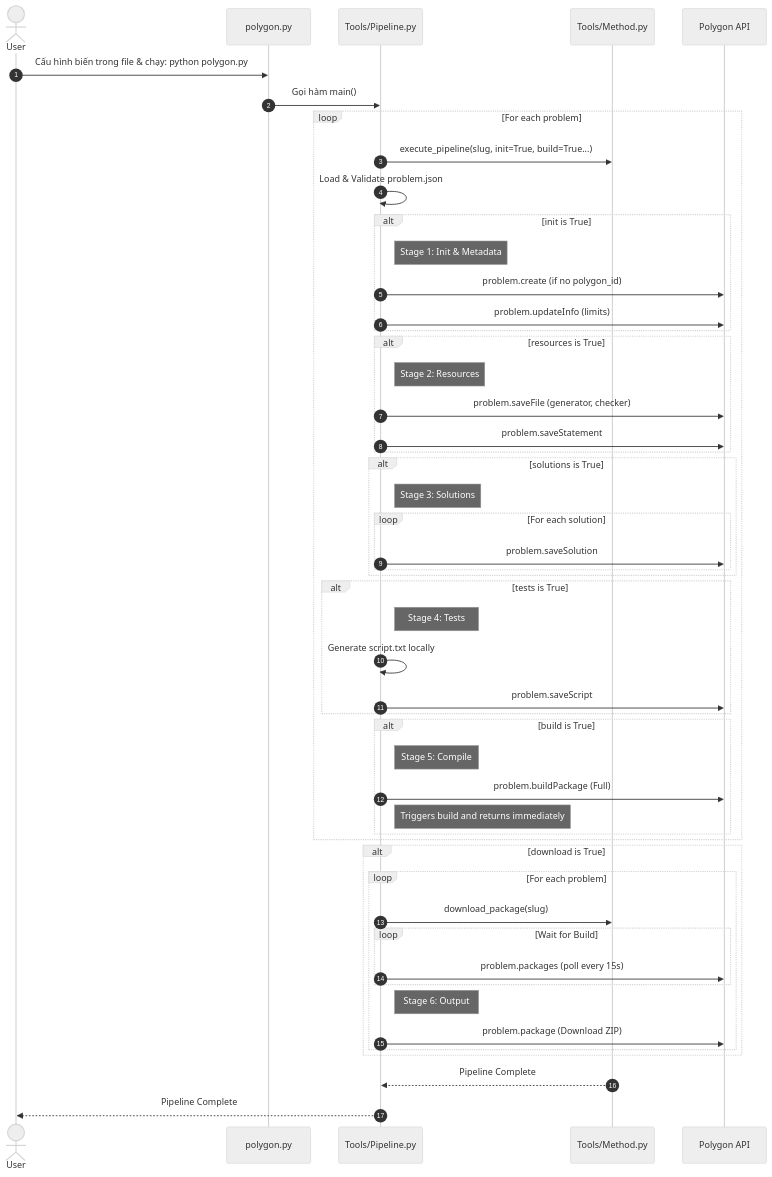
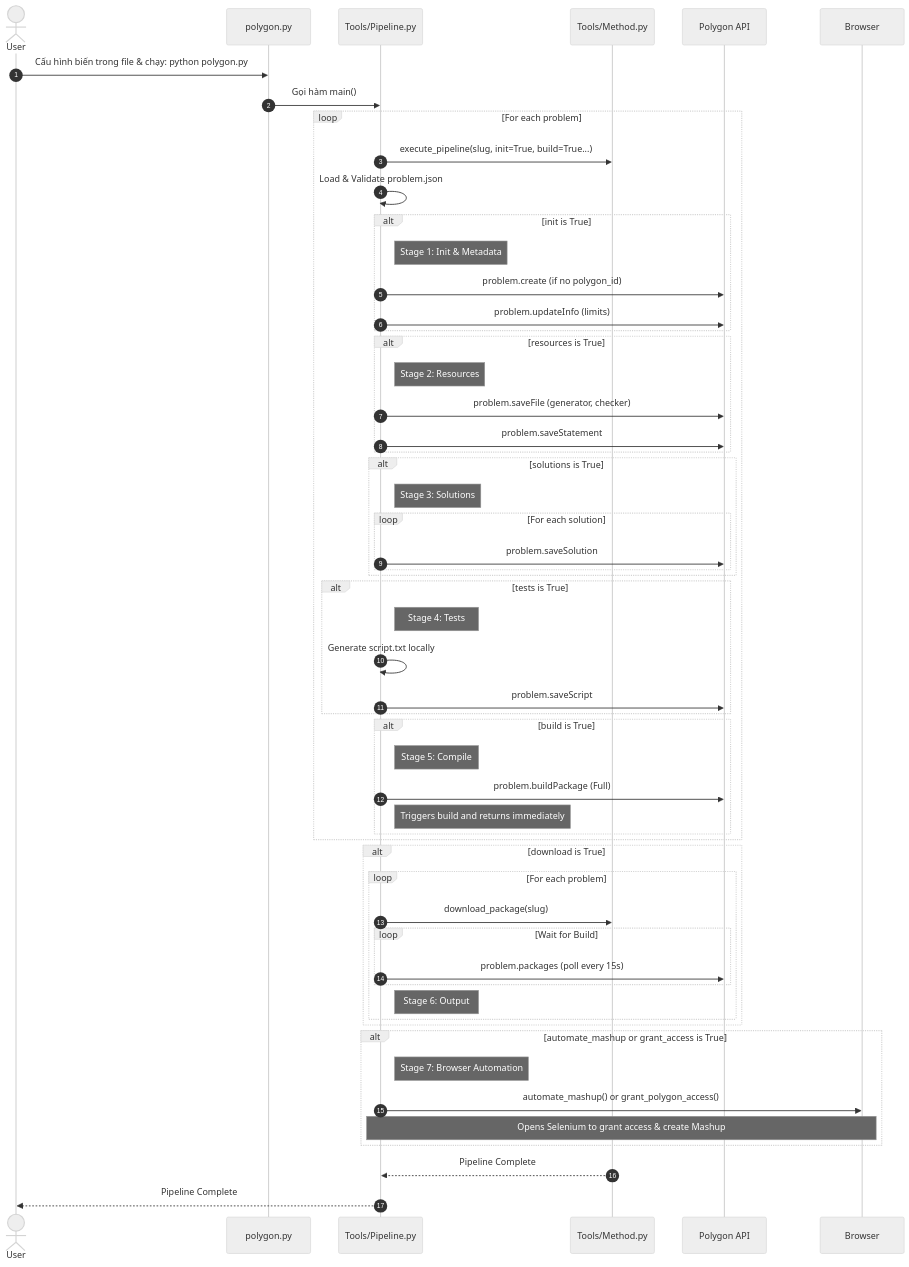
One commit to npdwuy/polygon-cli changed the second of 3 diagrams in Architecture.md. Above: the diagram before and after it, drawn with Mermaid (neutral theme). The commit also changed other lines of this file and 8 other files, not shown here.

Commit message:
feat: unified pipeline with browser automation

````diff
--- a/Architecture.md
+++ b/Architecture.md
@@ -206,62 +206,67 @@
 ```mermaid
 sequenceDiagram
     autonumber
     actor User
     participant Entry as polygon.py
     participant Pipeline as Tools/Pipeline.py
     participant Method as Tools/Method.py
     participant Polygon as Polygon API
 
     User->>Entry: Cấu hình biến trong file & chạy: python polygon.py
     Entry->>Pipeline: Gọi hàm main()
     
     loop For each problem
         Pipeline->>Method: execute_pipeline(slug, init=True, build=True...)
         Pipeline->>Pipeline: Load & Validate problem.json
         
         alt init is True
             Note right of Pipeline: Stage 1: Init & Metadata
             Pipeline->>Polygon: problem.create (if no polygon_id)
             Pipeline->>Polygon: problem.updateInfo (limits)
         end
         
         alt resources is True
             Note right of Pipeline: Stage 2: Resources
             Pipeline->>Polygon: problem.saveFile (generator, checker)
             Pipeline->>Polygon: problem.saveStatement
         end
         
         alt solutions is True
             Note right of Pipeline: Stage 3: Solutions
             loop For each solution
                 Pipeline->>Polygon: problem.saveSolution
             end
         end
         
         alt tests is True
             Note right of Pipeline: Stage 4: Tests
             Pipeline->>Pipeline: Generate script.txt locally
             Pipeline->>Polygon: problem.saveScript
         end
         
         alt build is True
             Note right of Pipeline: Stage 5: Compile
             Pipeline->>Polygon: problem.buildPackage (Full)
             Note right of Pipeline: Triggers build and returns immediately
         end
     end
     
     alt download is True
         loop For each problem
             Pipeline->>Method: download_package(slug)
             loop Wait for Build
                 Pipeline->>Polygon: problem.packages (poll every 15s)
             end
             Note right of Pipeline: Stage 6: Output
-            Pipeline->>Polygon: problem.package (Download ZIP)
         end
+    end
+    
+    alt automate_mashup or grant_access is True
+        Note right of Pipeline: Stage 7: Browser Automation
+        Pipeline->>Browser: automate_mashup() or grant_polygon_access()
+        Note over Pipeline, Browser: Opens Selenium to grant access & create Mashup
     end
     
     Method-->>Pipeline: Pipeline Complete
     Pipeline-->>User: Pipeline Complete
 ```
````
